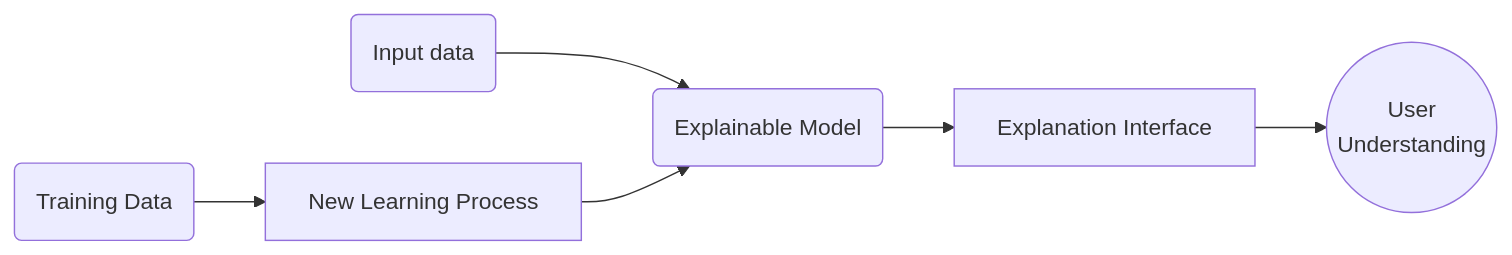
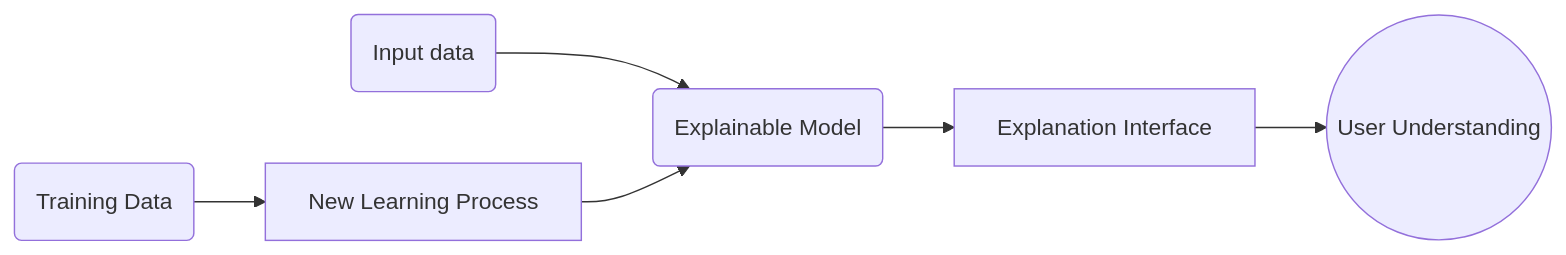
One commit to HES-XPLAIN/hes-xplain.github.io changed the second of 2 diagrams in docs/introduction.md. Above: the diagram before and after it, drawn with Mermaid.

Commit message:
Fix broken new lines in Mermaid graphs (#71)

````diff
--- a/docs/introduction.md
+++ b/docs/introduction.md
@@ -66,8 +66,8 @@
 ```mermaid
 graph LR
 E(Input data) --> C;
 A(Training Data) --> B[New Learning Process];
 B --> C(Explainable Model);
 C --> D[Explanation Interface];
-D --> F((User\nUnderstanding));
+D --> F((User Understanding));
 ```
````
